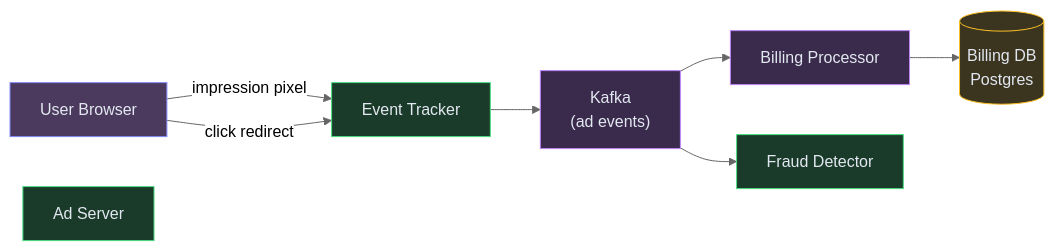
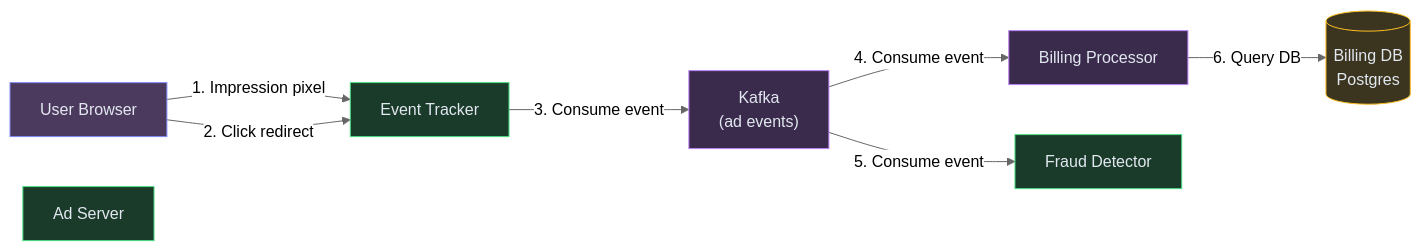
One commit to iluzn/HLD-Designs changed the third of 6 diagrams in content/hld/AdSystem.md. Above: the diagram before and after it, drawn with Mermaid (neutral theme). The commit also changed other lines of this file and 27 other files, not shown here.

````diff
--- a/content/hld/AdSystem.md
+++ b/content/hld/AdSystem.md
@@ -197,22 +197,22 @@
 ```mermaid
 flowchart LR
     USER["User Browser"]:::client
     ADSERV["Ad Server"]:::service
     TRACKER["Event Tracker"]:::service
     KAFKA["Kafka<br/>(ad events)"]:::async
     BILLING["Billing Processor"]:::async
     BILLDB[("Billing DB<br/>Postgres")]:::data
     FRAUD["Fraud Detector"]:::service
 
-    USER -->|"impression pixel"| TRACKER
-    USER -->|"click redirect"| TRACKER
-    TRACKER --> KAFKA
-    KAFKA --> BILLING
-    KAFKA --> FRAUD
-    BILLING --> BILLDB
+    USER -->|"1. Impression pixel"| TRACKER
+    USER -->|"2. Click redirect"| TRACKER
+    TRACKER -->|"3. Consume event"| KAFKA
+    KAFKA -->|"4. Consume event"| BILLING
+    KAFKA -->|"5. Consume event"| FRAUD
+    BILLING -->|"6. Query DB"| BILLDB
 
     classDef client fill:#4c3a5e,stroke:#818cf8,color:#e2e8f0
     classDef service fill:#1a3a2a,stroke:#4ade80,color:#e2e8f0
     classDef data fill:#3b3520,stroke:#fbbf24,color:#e2e8f0
     classDef async fill:#3a2a4c,stroke:#c084fc,color:#e2e8f0
 ```
````
